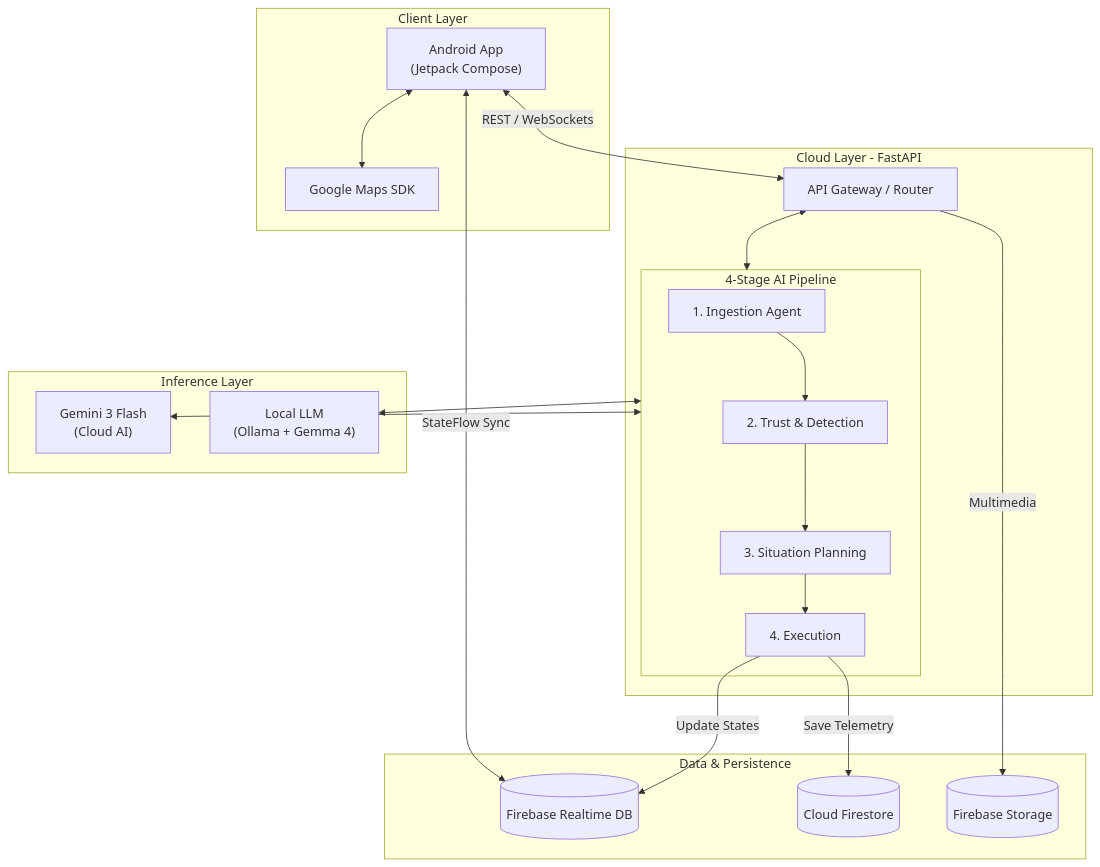
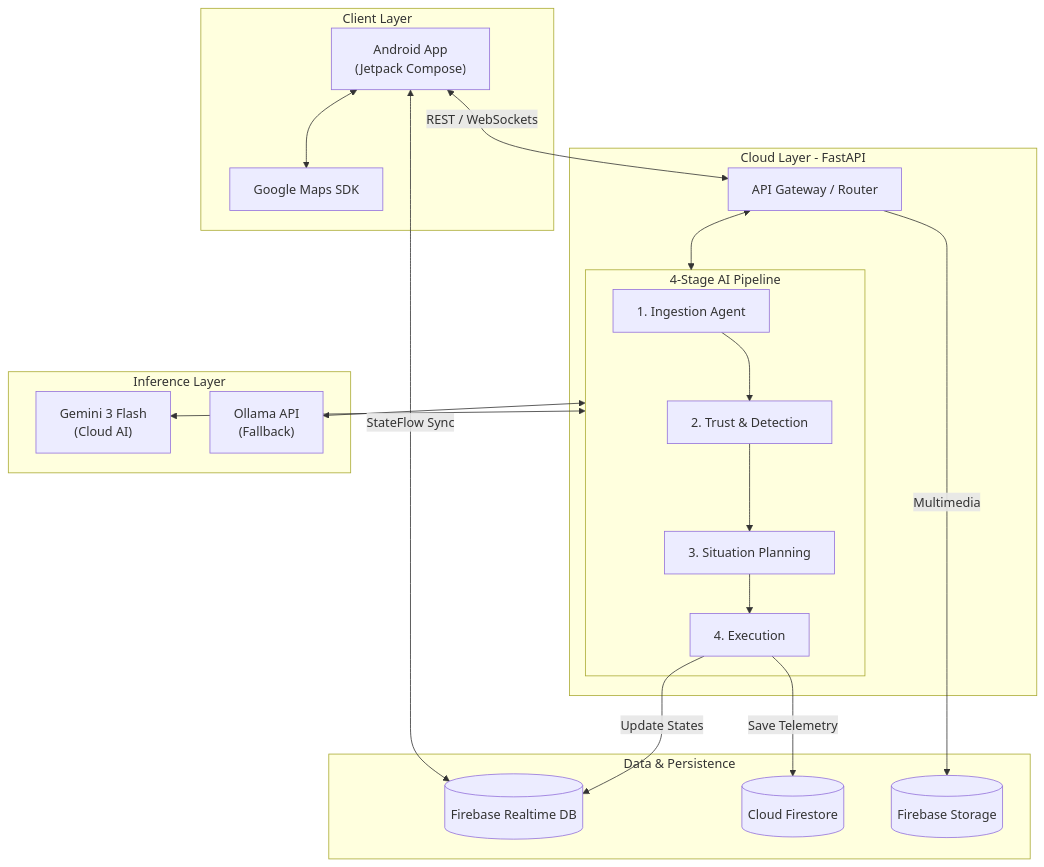
One commit to JaleedAhmad/hackathon-trafficguard changed the diagram in README.md. Above: the diagram before and after it, drawn with Mermaid. The commit also changed other lines of this file, not shown here.

Commit message:
Update README for Ollama API integration and changes

````diff
--- a/README.md
+++ b/README.md
@@ -14,48 +14,48 @@
 ```mermaid
 graph TD
     %% Client Layer
     subgraph Client [Client Layer]
         A["Android App \n (Jetpack Compose)"]
         M["Google Maps SDK"]
         A <--> M
     end
 
     %% Cloud/API Layer
     subgraph Cloud [Cloud Layer - FastAPI]
         B["API Gateway / Router"]
         
         subgraph Agents [4-Stage AI Pipeline]
             C1["1. Ingestion Agent"]
             C2["2. Trust & Detection"]
             C3["3. Situation Planning"]
             C4["4. Execution"]
             C1 --> C2 --> C3 --> C4
         end
         
         B <--> Agents
     end
 
     %% Inference Layer
     subgraph Inference [Inference Layer]
         D["Gemini 3 Flash \n (Cloud AI)"]
-        E["Local LLM \n (Ollama + Gemma 4)"]
+        E["Ollama API \n (Fallback)"]
     end
 
     %% Data/Persistence Layer
     subgraph Data [Data & Persistence]
         F[("Firebase Realtime DB")]
         G[("Cloud Firestore")]
         H[("Firebase Storage")]
     end
 
     %% Connections
     A <-->|REST / WebSockets| B
     A <-->|StateFlow Sync| F
     
     Agents <--> D
     Agents <--> E
     
     C4 -->|Update States| F
     C4 -->|Save Telemetry| G
     B -->|Multimedia| H
 ```
````
